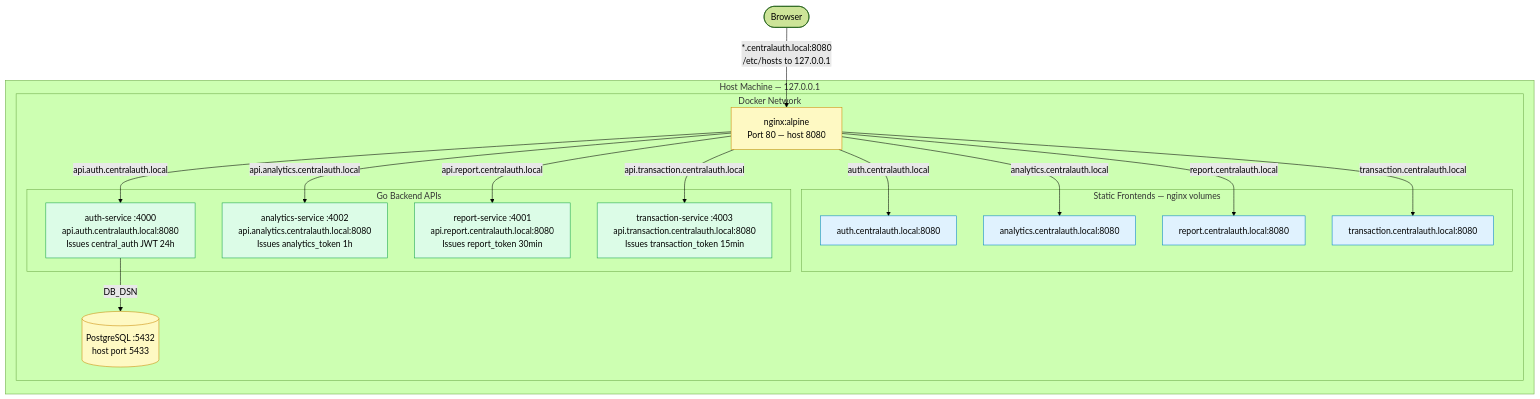
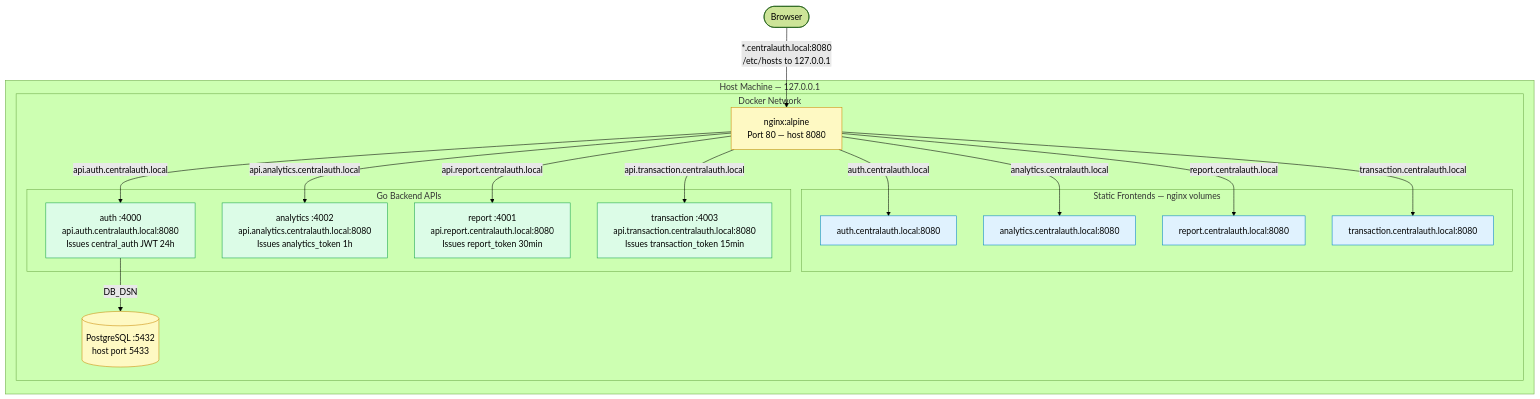
The first of 15 diagrams in docs/architecture.md (dimiklabs/central-auth), drawn with Mermaid (forest theme) before and after one commit. The commit also changed other lines of this file and 88 other files, not shown here.

````diff
--- a/docs/architecture.md
+++ b/docs/architecture.md
@@ -44,44 +44,44 @@
 ```mermaid
 graph TB
     Browser(["Browser"])
 
     subgraph Host ["Host Machine — 127.0.0.1"]
         subgraph Docker ["Docker Network"]
             Nginx["nginx:alpine\nPort 80 — host 8080"]
 
             subgraph Frontends ["Static Frontends — nginx volumes"]
                 AuthFE["auth.centralauth.local:8080"]
                 AnalyticsFE["analytics.centralauth.local:8080"]
                 ReportFE["report.centralauth.local:8080"]
                 TxFE["transaction.centralauth.local:8080"]
             end
 
             subgraph BackendAPIs ["Go Backend APIs"]
-                AuthSvc["auth-service :4000\napi.auth.centralauth.local:8080\nIssues central_auth JWT 24h"]
-                AnalyticsSvc["analytics-service :4002\napi.analytics.centralauth.local:8080\nIssues analytics_token 1h"]
-                ReportSvc["report-service :4001\napi.report.centralauth.local:8080\nIssues report_token 30min"]
-                TxSvc["transaction-service :4003\napi.transaction.centralauth.local:8080\nIssues transaction_token 15min"]
+                AuthSvc["auth :4000\napi.auth.centralauth.local:8080\nIssues central_auth JWT 24h"]
+                AnalyticsSvc["analytics :4002\napi.analytics.centralauth.local:8080\nIssues analytics_token 1h"]
+                ReportSvc["report :4001\napi.report.centralauth.local:8080\nIssues report_token 30min"]
+                TxSvc["transaction :4003\napi.transaction.centralauth.local:8080\nIssues transaction_token 15min"]
             end
 
             PG[("PostgreSQL :5432\nhost port 5433")]
         end
     end
 
     Browser -->|"*.centralauth.local:8080\n/etc/hosts to 127.0.0.1"| Nginx
     Nginx -->|"auth.centralauth.local"| AuthFE
     Nginx -->|"api.auth.centralauth.local"| AuthSvc
     Nginx -->|"analytics.centralauth.local"| AnalyticsFE
     Nginx -->|"api.analytics.centralauth.local"| AnalyticsSvc
     Nginx -->|"report.centralauth.local"| ReportFE
     Nginx -->|"api.report.centralauth.local"| ReportSvc
     Nginx -->|"transaction.centralauth.local"| TxFE
     Nginx -->|"api.transaction.centralauth.local"| TxSvc
     AuthSvc -->|"DB_DSN"| PG
 
     classDef frontend fill:#e0f2fe,stroke:#0284c7
     classDef backend fill:#dcfce7,stroke:#16a34a
     classDef infra fill:#fef9c3,stroke:#ca8a04
     class AuthFE,AnalyticsFE,ReportFE,TxFE frontend
     class AuthSvc,AnalyticsSvc,ReportSvc,TxSvc backend
     class Nginx,PG infra
 ```
````
